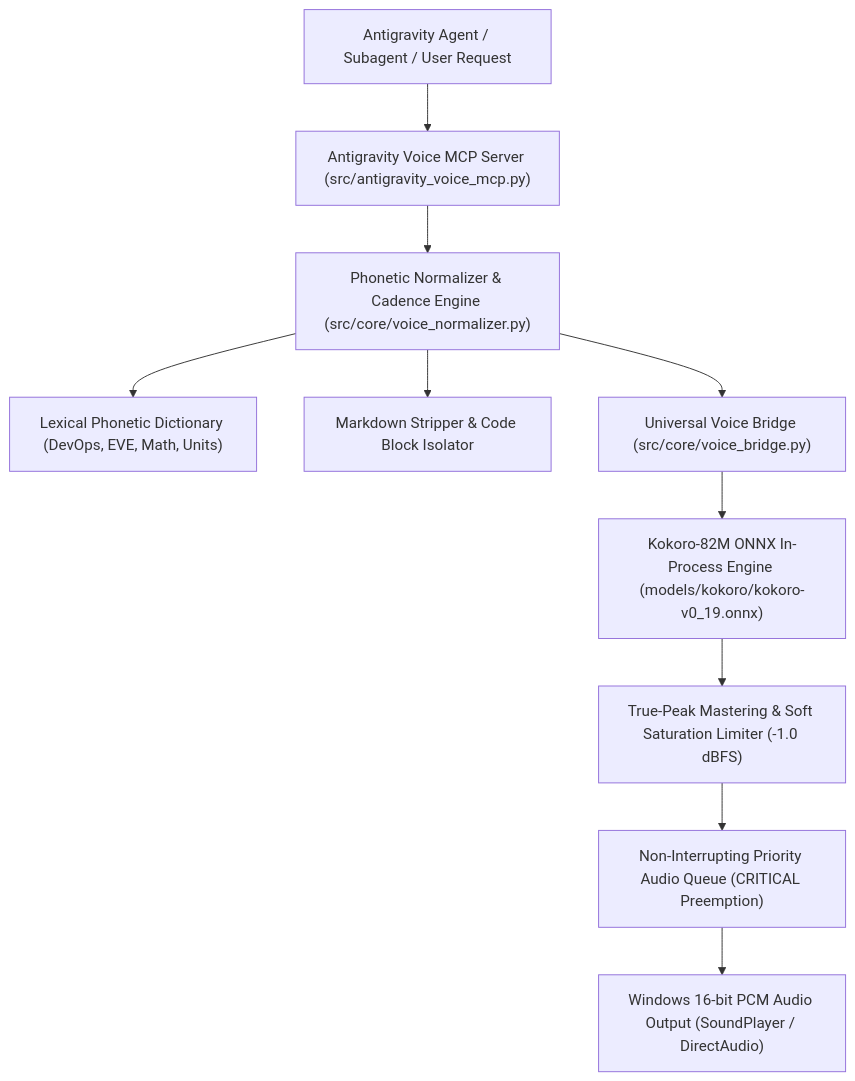
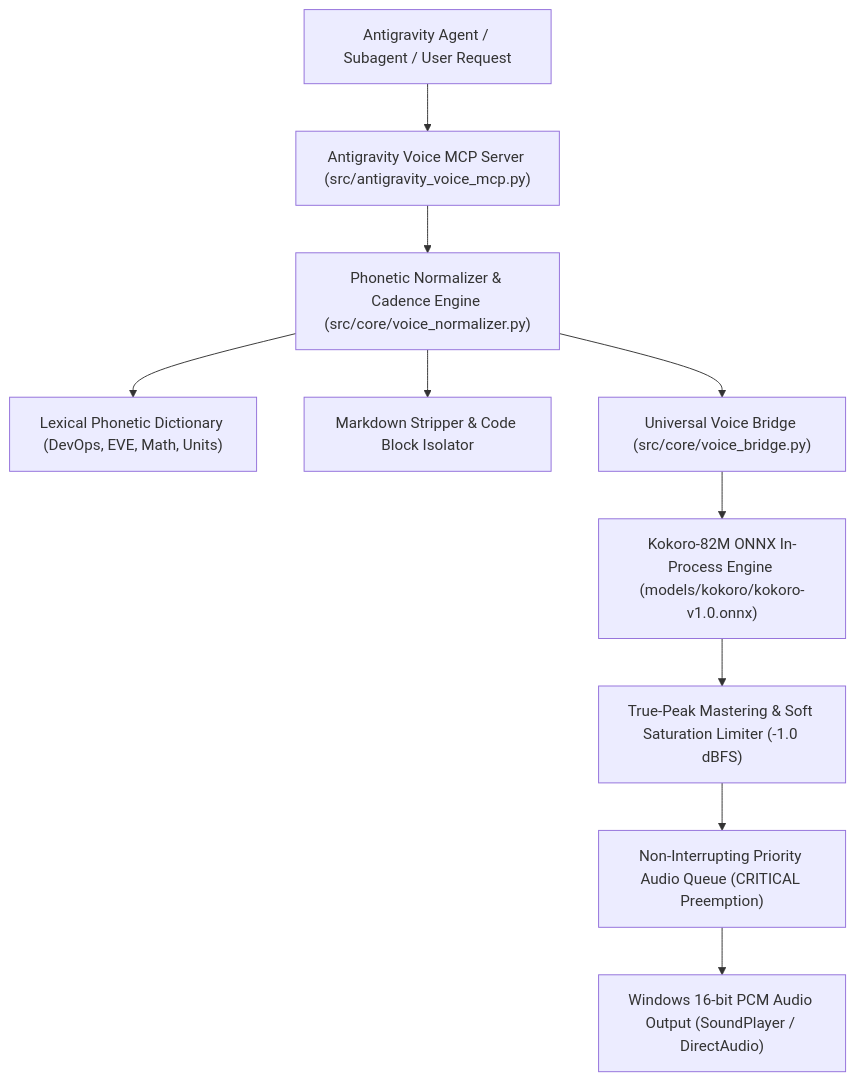
One commit to SavianAlexander/uroboros-knowledge-engine changed the diagram in vault/System_Architecture/voice_mcp_protocol_specification.md. Above: the diagram before and after it, drawn with Mermaid. The commit also changed 8 other files, not shown here.

````diff
--- a/vault/System_Architecture/voice_mcp_protocol_specification.md
+++ b/vault/System_Architecture/voice_mcp_protocol_specification.md
@@ -16,12 +16,12 @@
 ```mermaid
 graph TD
     User["Antigravity Agent / Subagent / User Request"] --> MCP["Antigravity Voice MCP Server (src/antigravity_voice_mcp.py)"]
     MCP --> Normalizer["Phonetic Normalizer & Cadence Engine (src/core/voice_normalizer.py)"]
     Normalizer --> Lexical["Lexical Phonetic Dictionary (DevOps, EVE, Math, Units)"]
     Normalizer --> Stripper["Markdown Stripper & Code Block Isolator"]
     Normalizer --> Bridge["Universal Voice Bridge (src/core/voice_bridge.py)"]
-    Bridge --> Kokoro["Kokoro-82M ONNX In-Process Engine (models/kokoro/kokoro-v0_19.onnx)"]
+    Bridge --> Kokoro["Kokoro-82M ONNX In-Process Engine (models/kokoro/kokoro-v1.0.onnx)"]
     Kokoro --> Master["True-Peak Mastering & Soft Saturation Limiter (-1.0 dBFS)"]
     Master --> Queue["Non-Interrupting Priority Audio Queue (CRITICAL Preemption)"]
     Queue --> Player["Windows 16-bit PCM Audio Output (SoundPlayer / DirectAudio)"]
 ```
````
